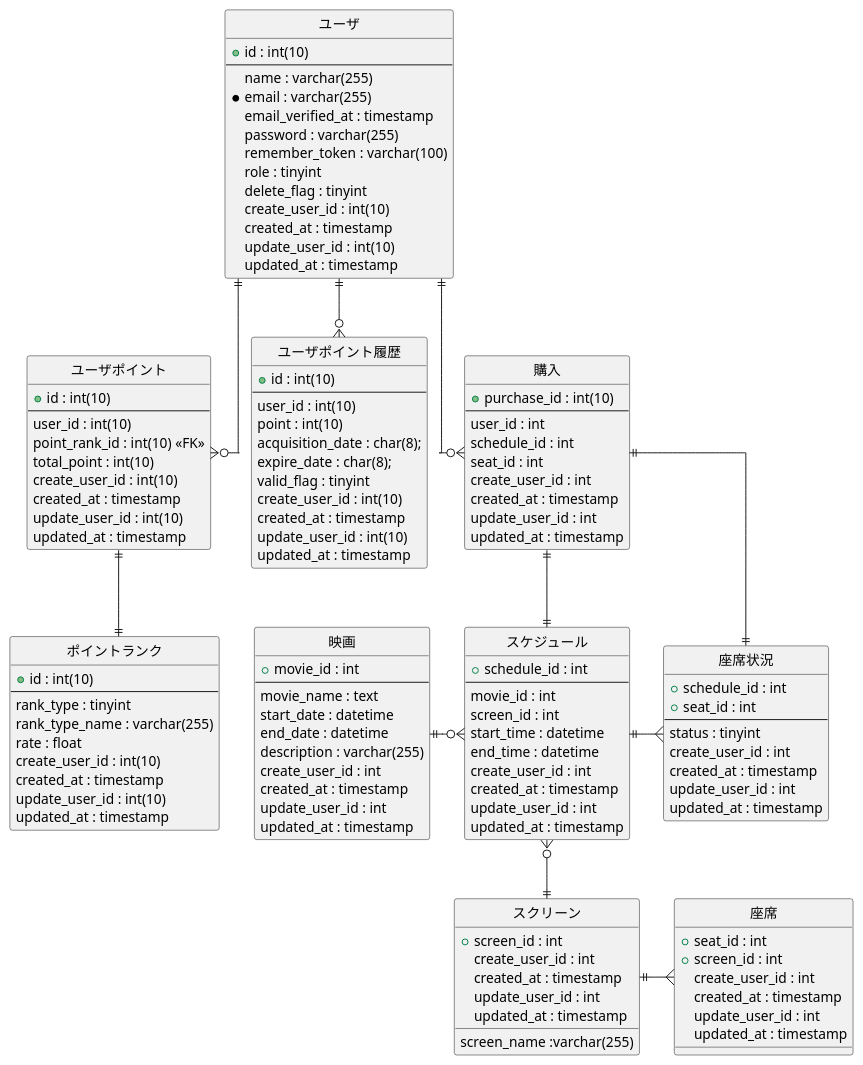
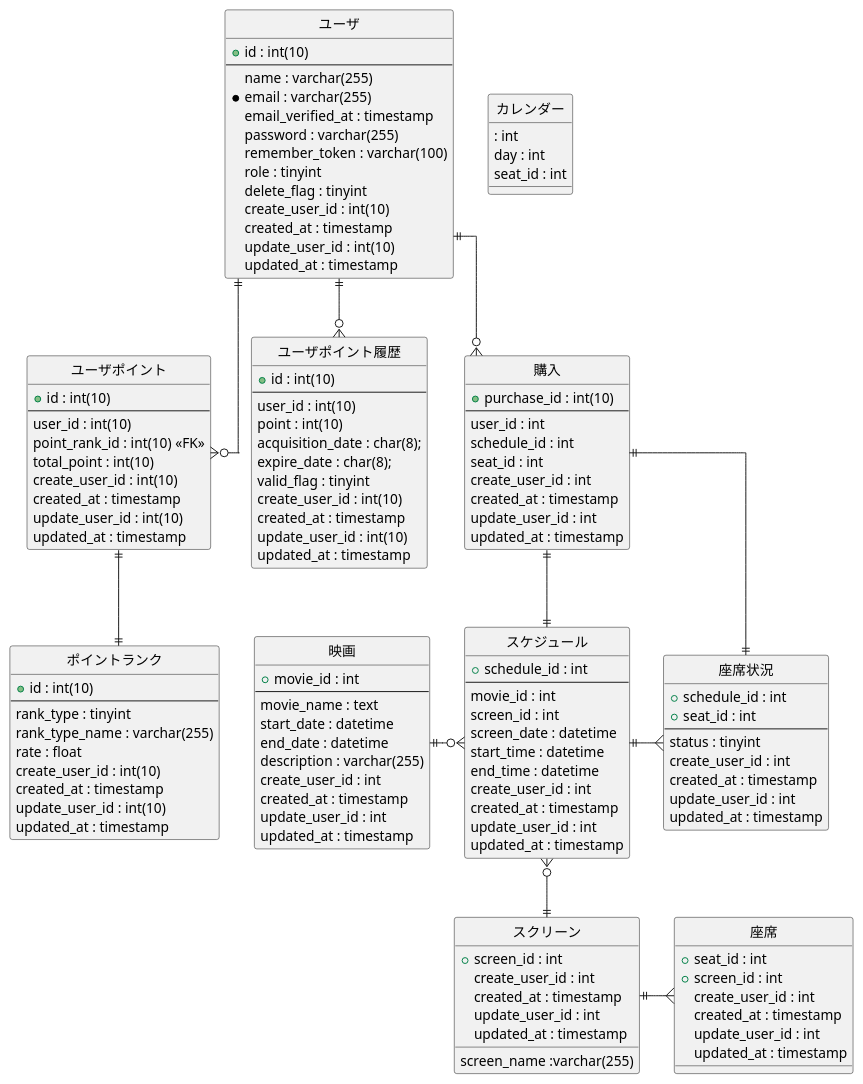
One commit to Nke0628/movie_app changed the diagram in 設計/DB設計/ER図.puml. Above: the diagram before and after it, drawn with PlantUML. The commit also changed 38 other files, not shown here.

```diff
--- a/設計/DB設計/ER図.puml
+++ b/設計/DB設計/ER図.puml
@@ -1,138 +1,145 @@
 @startuml
 hide circle
 skinparam linetype ortho
 
 entity "ユーザ" as user {
   +id : int(10)
   --
   name : varchar(255)
   *email : varchar(255)
   email_verified_at : timestamp
   password : varchar(255)
   remember_token : varchar(100)
   role : tinyint
   delete_flag : tinyint
   create_user_id : int(10)
   created_at : timestamp
   update_user_id : int(10)
   updated_at : timestamp
 }
 
 entity "ユーザポイント" as user_points {
   +id : int(10)
   --
   user_id : int(10)
   point_rank_id : int(10) <<FK>>
   total_point : int(10)
   create_user_id : int(10)
   created_at : timestamp
   update_user_id : int(10)
   updated_at : timestamp
 }
 
 entity "ユーザポイント履歴" as user_point_hist {
   +id : int(10)
   --
   user_id : int(10)
   point : int(10)
   acquisition_date : char(8);
   expire_date : char(8);
   valid_flag : tinyint
   create_user_id : int(10)
   created_at : timestamp
   update_user_id : int(10)
   updated_at : timestamp
 }
 
 entity "ポイントランク" as point_rank {
   +id : int(10)
   --
   rank_type : tinyint
   rank_type_name : varchar(255)
   rate : float
   create_user_id : int(10)
   created_at : timestamp
   update_user_id : int(10)
   updated_at : timestamp
 }
 
 entity "映画" as movies {
   +movie_id : int
   --
   movie_name : text
   start_date : datetime
   end_date : datetime
   description : varchar(255)
   create_user_id : int
   created_at : timestamp
   update_user_id : int
   updated_at : timestamp
 }
 
 entity "スケジュール" as schedule {
   +schedule_id : int
   --
   movie_id : int
   screen_id : int
+  screen_date : datetime
   start_time : datetime
   end_time : datetime
   create_user_id : int
   created_at : timestamp
   update_user_id : int
   updated_at : timestamp
 }
 
 entity "座席状況" as seats_status {
   +schedule_id : int
   +seat_id : int
   --
   status : tinyint
   create_user_id : int
   created_at : timestamp
   update_user_id : int
   updated_at : timestamp
 }
 
 entity "スクリーン" as screens {
   +screen_id : int
   screen_name :varchar(255)
   create_user_id : int
   created_at : timestamp
   update_user_id : int
   updated_at : timestamp
 }
 
 entity "座席" as seats {
   +seat_id : int
   +screen_id : int
   create_user_id : int
   created_at : timestamp
   update_user_id : int
   updated_at : timestamp
 }
 
 entity "購入" as purchases {
   +purchase_id : int(10)
   --
   user_id : int
   schedule_id : int
   seat_id : int
   create_user_id : int
   created_at : timestamp
   update_user_id : int
   updated_at : timestamp
 }
 
+entity "カレンダー" as calender {
+   : int
+  day : int
+  seat_id : int
+}
+
 user||--o{user_points
 user||--o{user_point_hist
 user_points||--||point_rank
 user||--o{purchases
 purchases||--||seats_status
 purchases||--||schedule
 movies||-o{schedule
 schedule}o--||screens
 schedule||-{seats_status
 screens||-{seats
 
 
 @enduml
```
